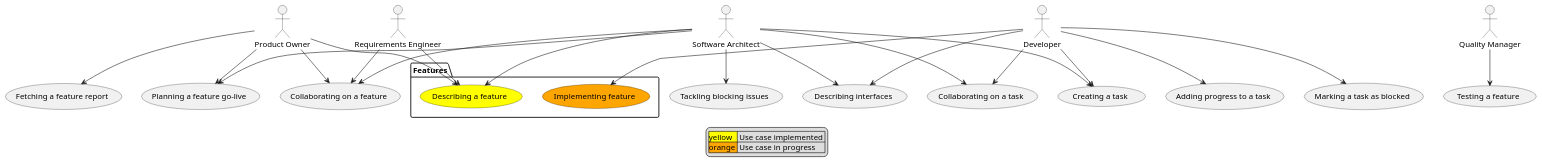
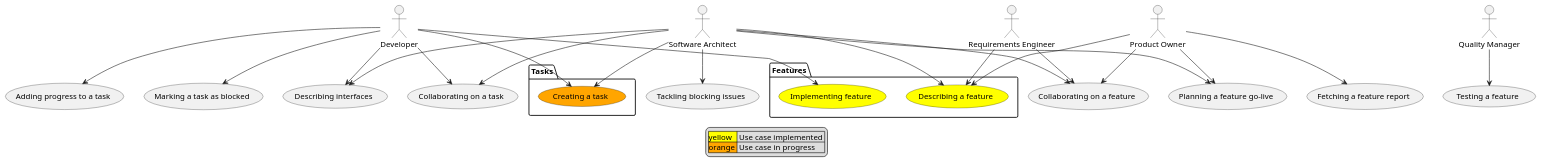
Before and after one commit to huberchrigu/give-me-features: the diagram in docs/use-cases.plantuml, drawn with PlantUML. The commit also changed 6 other files, not shown here.

```diff
--- a/docs/use-cases.plantuml
+++ b/docs/use-cases.plantuml
@@ -1,59 +1,61 @@
 @startuml
 :Developer:
 :Product Owner: as PO
 :Requirements Engineer: as RE
 :Software Architect: as Architect
 :Quality Manager: as QM
 
 package Features {
 (Describing a feature) as NewFeature #yellow
-(Implementing feature) as FeatureImplementation #orange
+(Implementing feature) as FeatureImplementation #yellow
 }
-(Creating a task) as NewTask
+package Tasks {
+(Creating a task) as NewTask #orange
+}
 (Adding progress to a task) as Progress
 (Marking a task as blocked) as Blocked
 (Fetching a feature report) as Report
 (Tackling blocking issues) as Tackling
 (Planning a feature go-live) as GoLive
 (Describing interfaces) as Interfaces
 (Collaborating on a feature) as CollabFeature
 (Collaborating on a task) as CollabTask
 (Testing a feature) as Testing
 
 RE --> NewFeature
 Architect --> NewFeature
 PO --> NewFeature
 
 Developer --> FeatureImplementation
 Developer --> NewTask
 Architect --> NewTask
 
 Developer --> Progress
 
 Developer --> Blocked
 
 PO --> Report
 
 Architect --> Tackling
 
 Architect --> GoLive
 PO --> GoLive
 
 Architect --> Interfaces
 Developer --> Interfaces
 
 RE --> CollabFeature
 Architect --> CollabFeature
 PO --> CollabFeature
 
 Architect --> CollabTask
 Developer --> CollabTask
 
 QM --> Testing
 
 legend
   | <#yellow>yellow  | Use case implemented |
   | <#orange>orange | Use case in progress |
 end legend
 
 @enduml
```
